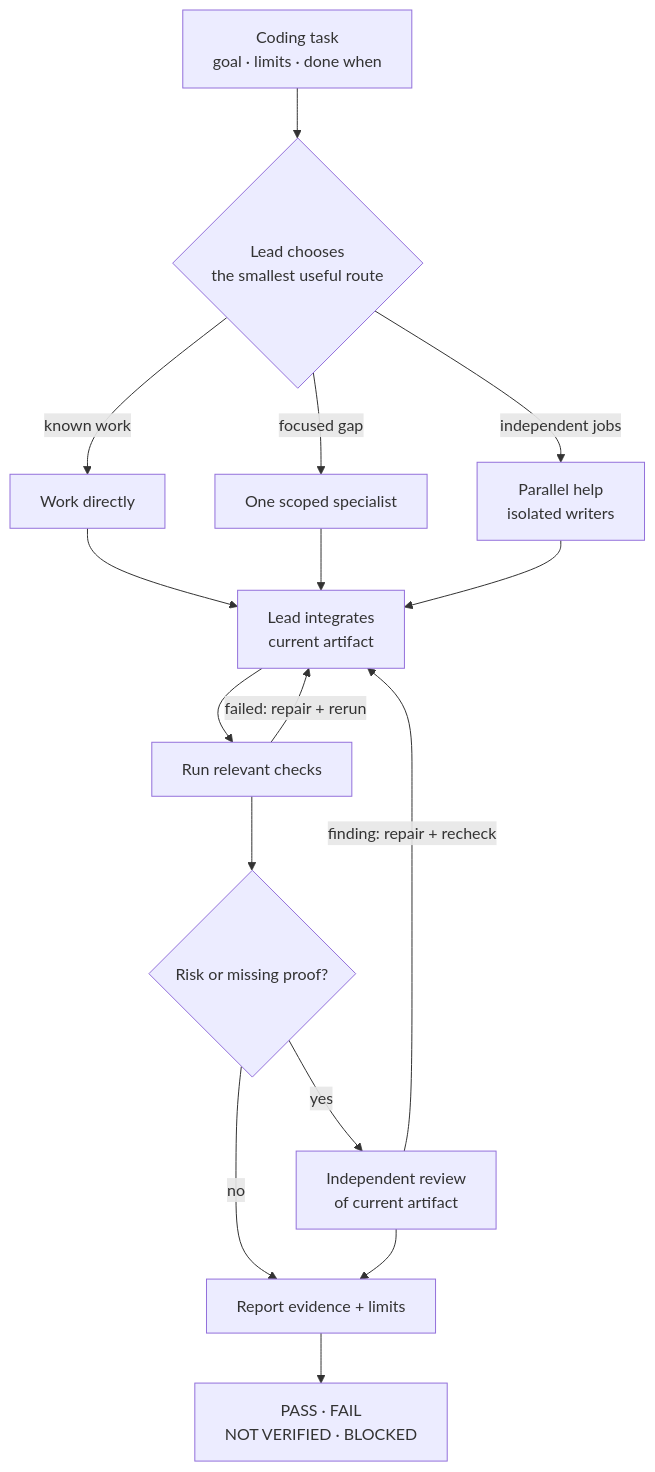
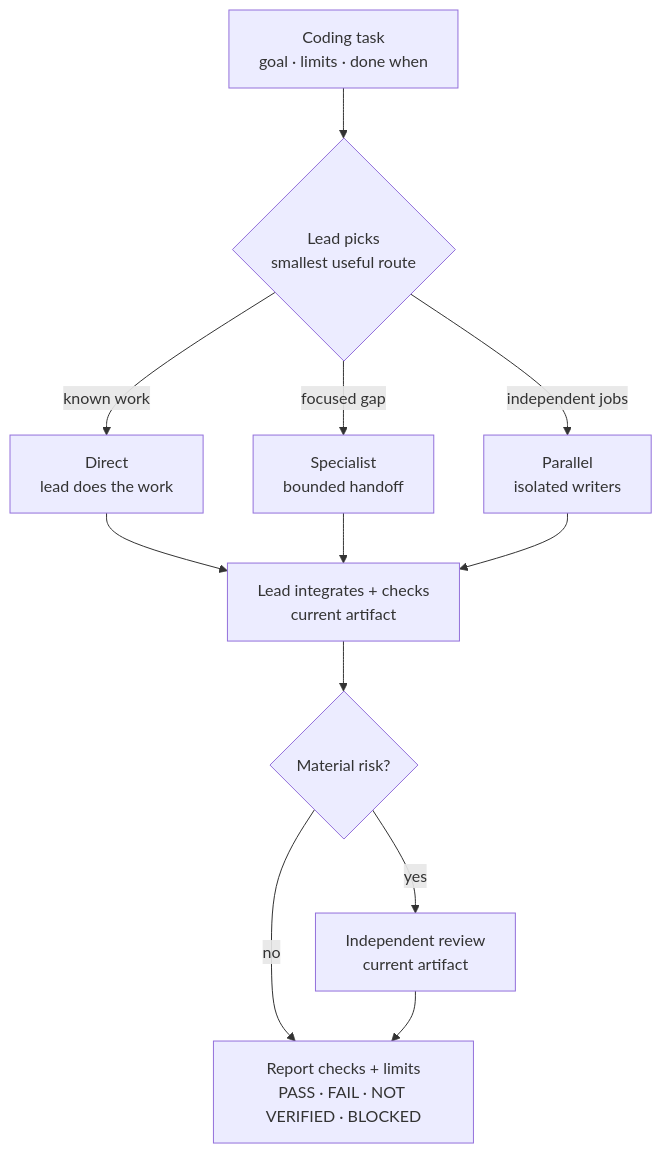
The diagram in README.md (byensitmagnus/agent-mission-control), drawn with Mermaid before and after one commit. The commit also changed other lines of this file, not shown here.

Commit message:
Keep flowchart focused on the decision path

````diff
--- a/README.md
+++ b/README.md
@@ -15,18 +11,14 @@
 ```mermaid
 flowchart TD
-  task["Coding task<br/>goal · limits · done when"] --> lead{"Lead chooses<br/>the smallest useful route"}
-  lead -->|known work| direct["Work directly"]
-  lead -->|focused gap| specialist["One scoped specialist"]
-  lead -->|independent jobs| parallel["Parallel help<br/>isolated writers"]
-  direct --> integrate["Lead integrates<br/>current artifact"]
-  specialist --> integrate
-  parallel --> integrate
-  integrate --> checks["Run relevant checks"]
-  checks -->|failed: repair + rerun| integrate
-  checks --> gate{"Risk or missing proof?"}
-  gate -->|yes| review["Independent review<br/>of current artifact"]
-  gate -->|no| report["Report evidence + limits"]
-  review -->|finding: repair + recheck| integrate
+  task["Coding task<br/>goal · limits · done when"] --> lead{"Lead picks<br/>smallest useful route"}
+  lead -->|known work| direct["Direct<br/>lead does the work"]
+  lead -->|focused gap| specialist["Specialist<br/>bounded handoff"]
+  lead -->|independent jobs| parallel["Parallel<br/>isolated writers"]
+  direct --> verify["Lead integrates + checks<br/>current artifact"]
+  specialist --> verify
+  parallel --> verify
+  verify --> risk{"Material risk?"}
+  risk -->|yes| review["Independent review<br/>current artifact"]
+  risk -->|no| report["Report checks + limits<br/>PASS · FAIL · NOT VERIFIED · BLOCKED"]
   review --> report
-  report --> status["PASS · FAIL<br/>NOT VERIFIED · BLOCKED"]
 ```
````
